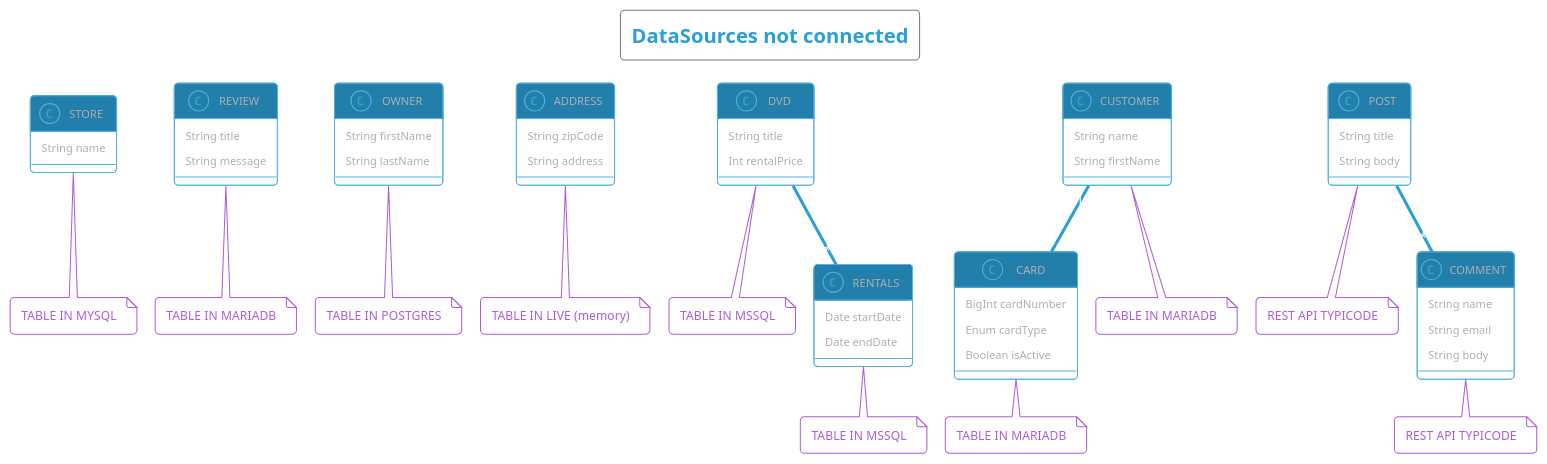
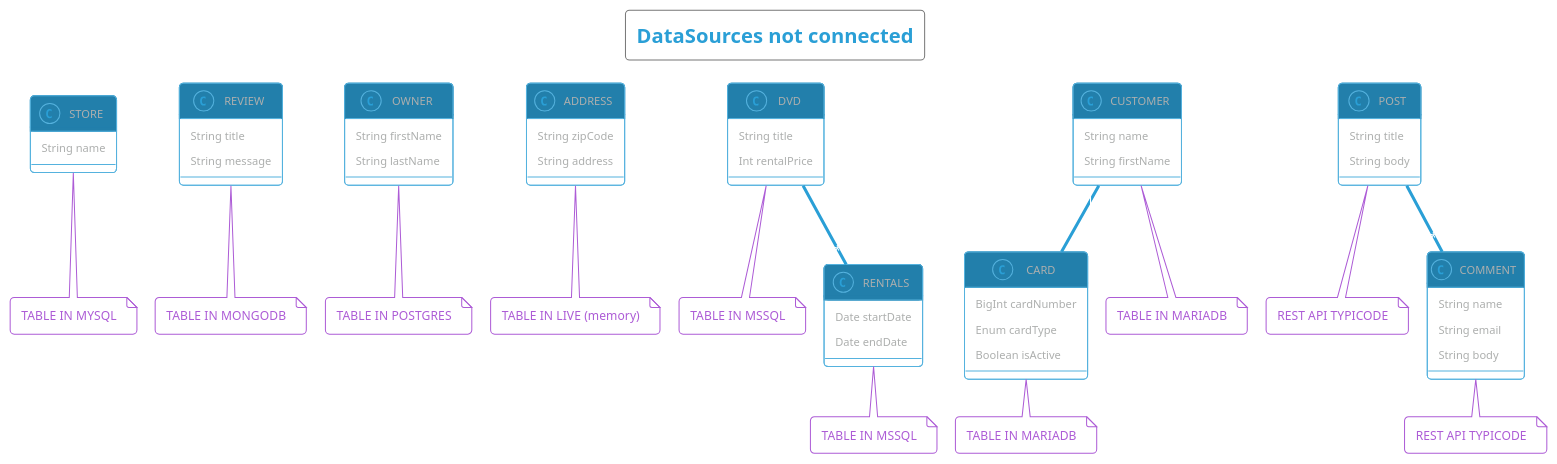
One commit to ForestAdmin/agent-nodejs changed the diagram in packages/_example/datasources.puml. Above: the diagram before and after it, drawn with PlantUML. The commit also changed 11 other files, not shown here.

```diff
--- a/packages/_example/datasources.puml
+++ b/packages/_example/datasources.puml
@@ -1,78 +1,78 @@
 @startuml
 !pragma layout smetana
 !theme cyborg-outline
 
 title: DataSources not connected
 
 class STORE {
   String name
 }
 class STORE
 note bottom: TABLE IN MYSQL
 
 class REVIEW {
   String title
   String message
 }
 class REVIEW
-note bottom: TABLE IN MARIADB
+note bottom: TABLE IN MONGODB
 
 class OWNER {
   String firstName
   String lastName
 }
 class OWNER
 note bottom: TABLE IN POSTGRES
 
 class ADDRESS {
   String zipCode
   String address
 }
 class ADDRESS
 note bottom: TABLE IN LIVE (memory)
 
 class DVD {
   String title
   Int rentalPrice
 }
 class DVD
 note bottom: TABLE IN MSSQL
 
 class RENTALS {
   Date startDate
   Date endDate
 }
 class RENTALS
 note bottom: TABLE IN MSSQL
 
 class CARD {
   BigInt cardNumber
   Enum cardType
   Boolean isActive
 }
 note bottom: TABLE IN MARIADB
 
 class CUSTOMER {
   String name
   String firstName
 }
 note bottom: TABLE IN MARIADB
 
 class POST {
   String title
   String body
 }
 note bottom: REST API TYPICODE
 
 class COMMENT {
   String name
   String email
   String body
 }
 note bottom: REST API TYPICODE
 
 POST "1" -- "*" COMMENT : has
 DVD "*" -- "*" RENTALS : has
 CUSTOMER "1" -- "*" CARD : has
 
 @enduml
```
